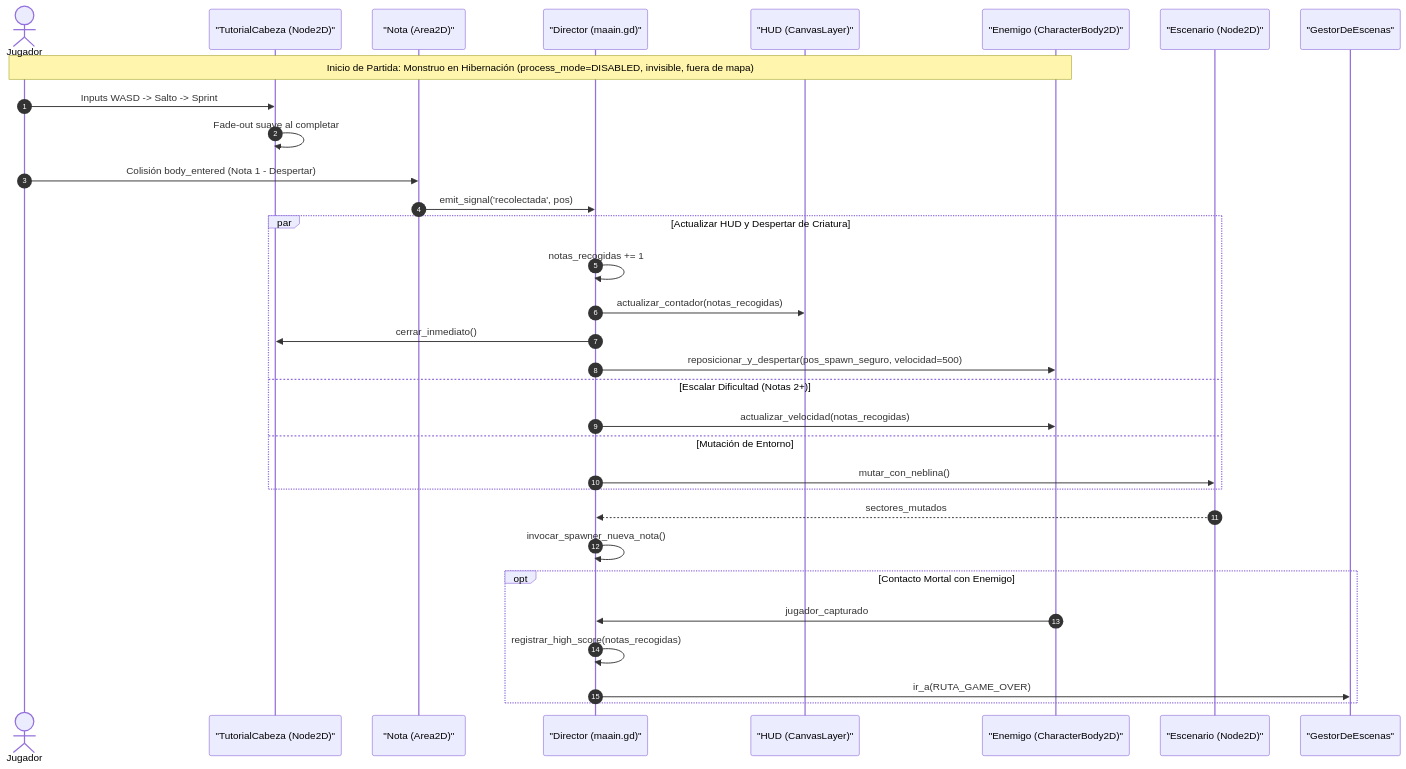
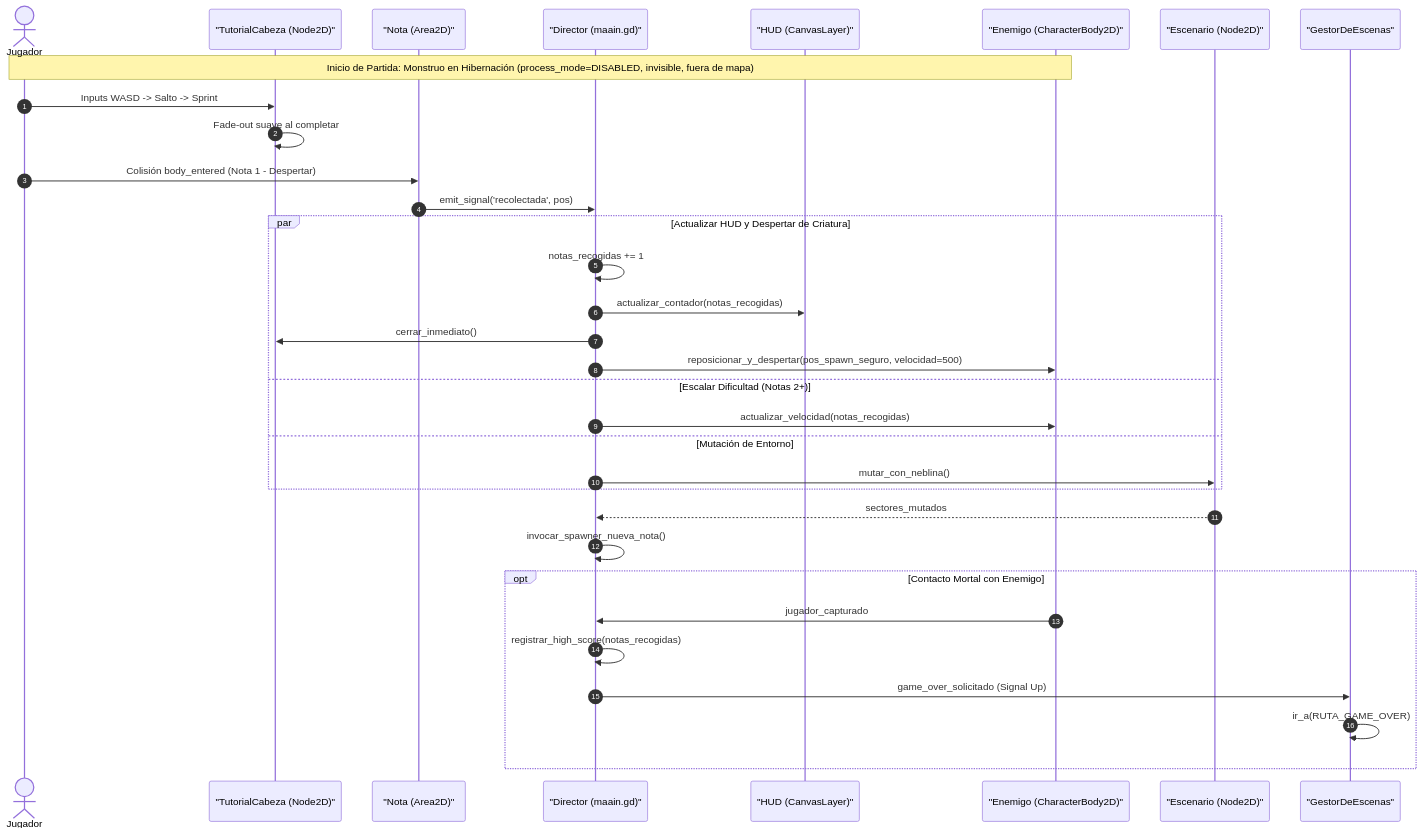
The diagram in docs/gameplay/arquitectura_de_partida_y_director.md (EmGamex/vosque), drawn with Mermaid before and after one commit. The commit also changed other lines of this file and 17 other files, not shown here.

````diff
--- a/docs/gameplay/arquitectura_de_partida_y_director.md
+++ b/docs/gameplay/arquitectura_de_partida_y_director.md
@@ -25,39 +25,40 @@
 ```mermaid
 sequenceDiagram
     autonumber
     actor Jugador
     participant Tutorial as "TutorialCabeza (Node2D)"
     participant Nota as "Nota (Area2D)"
     participant Director as "Director (maain.gd)"
     participant HUD as "HUD (CanvasLayer)"
     participant Monstruo as "Enemigo (CharacterBody2D)"
     participant Escenario as "Escenario (Node2D)"
     participant Gestor as "GestorDeEscenas"
 
     Note over Jugador,Monstruo: Inicio de Partida: Monstruo en Hibernación (process_mode=DISABLED, invisible, fuera de mapa)
     Jugador->>Tutorial: Inputs WASD -> Salto -> Sprint
     Tutorial->>Tutorial: Fade-out suave al completar
 
     Jugador->>Nota: Colisión body_entered (Nota 1 - Despertar)
     Nota->>Director: emit_signal('recolectada', pos)
     
     par Actualizar HUD y Despertar de Criatura
         Director->>Director: notas_recogidas += 1
         Director->>HUD: actualizar_contador(notas_recogidas)
         Director->>Tutorial: cerrar_inmediato()
         Director->>Monstruo: reposicionar_y_despertar(pos_spawn_seguro, velocidad=500)
     and Escalar Dificultad (Notas 2+)
         Director->>Monstruo: actualizar_velocidad(notas_recogidas)
     and Mutación de Entorno
         Director->>Escenario: mutar_con_neblina()
     end
     
     Escenario-->>Director: sectores_mutados
     Director->>Director: invocar_spawner_nueva_nota()
 
     opt Contacto Mortal con Enemigo
         Monstruo->>Director: jugador_capturado
         Director->>Director: registrar_high_score(notas_recogidas)
-        Director->>Gestor: ir_a(RUTA_GAME_OVER)
+        Director->>Gestor: game_over_solicitado (Signal Up)
+        Gestor->>Gestor: ir_a(RUTA_GAME_OVER)
     end
 ```
````
